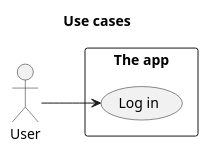
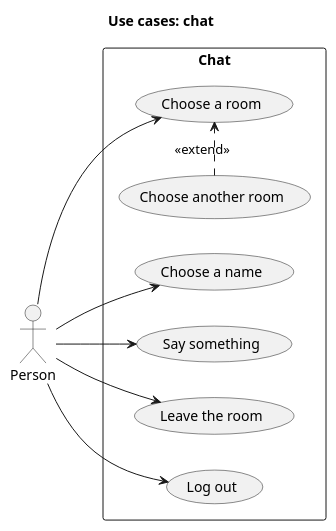
The diagram in uml/src/use-cases.puml (blueshed/dzql), drawn with PlantUML before and after one commit. The commit also changed 7 other files, not shown here.

Commit message:
uml: chat -- name, room, say, move, leave, log out -- in types.ts and five diagrams; names match by their words ("Choose a name" names chooseName, "Log out" names logout); a reply is checked only when it goes back to the caller

```diff
--- a/uml/src/use-cases.puml
+++ b/uml/src/use-cases.puml
@@ -1,9 +1,19 @@
 @startuml
-title Use cases
+title Use cases: chat
 left to right direction
-actor User
-rectangle "The app" {
-  usecase "Log in" as login
+actor Person
+rectangle "Chat" {
+  usecase "Choose a name" as name
+  usecase "Choose a room" as room
+  usecase "Choose another room" as move
+  usecase "Say something" as say
+  usecase "Leave the room" as leave
+  usecase "Log out" as logout
 }
-User --> login
+Person --> name
+Person --> room
+Person --> say
+Person --> leave
+Person --> logout
+move .> room : <<extend>>
 @enduml
```
